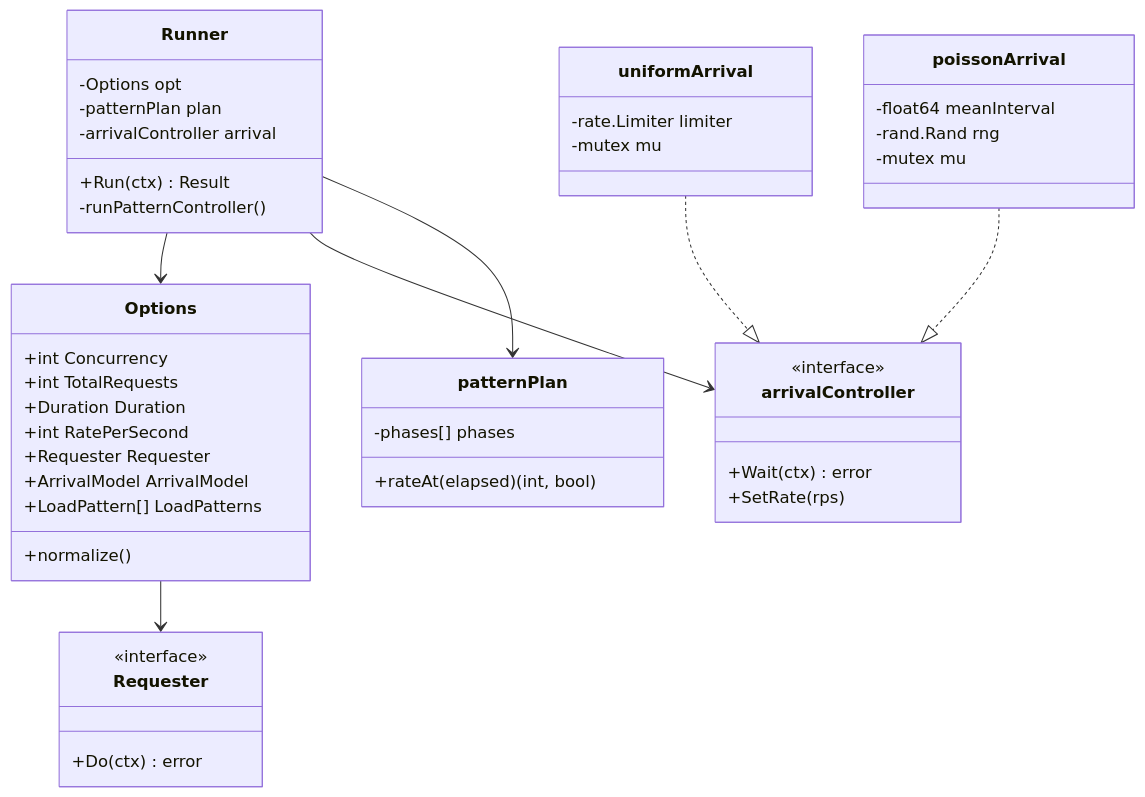
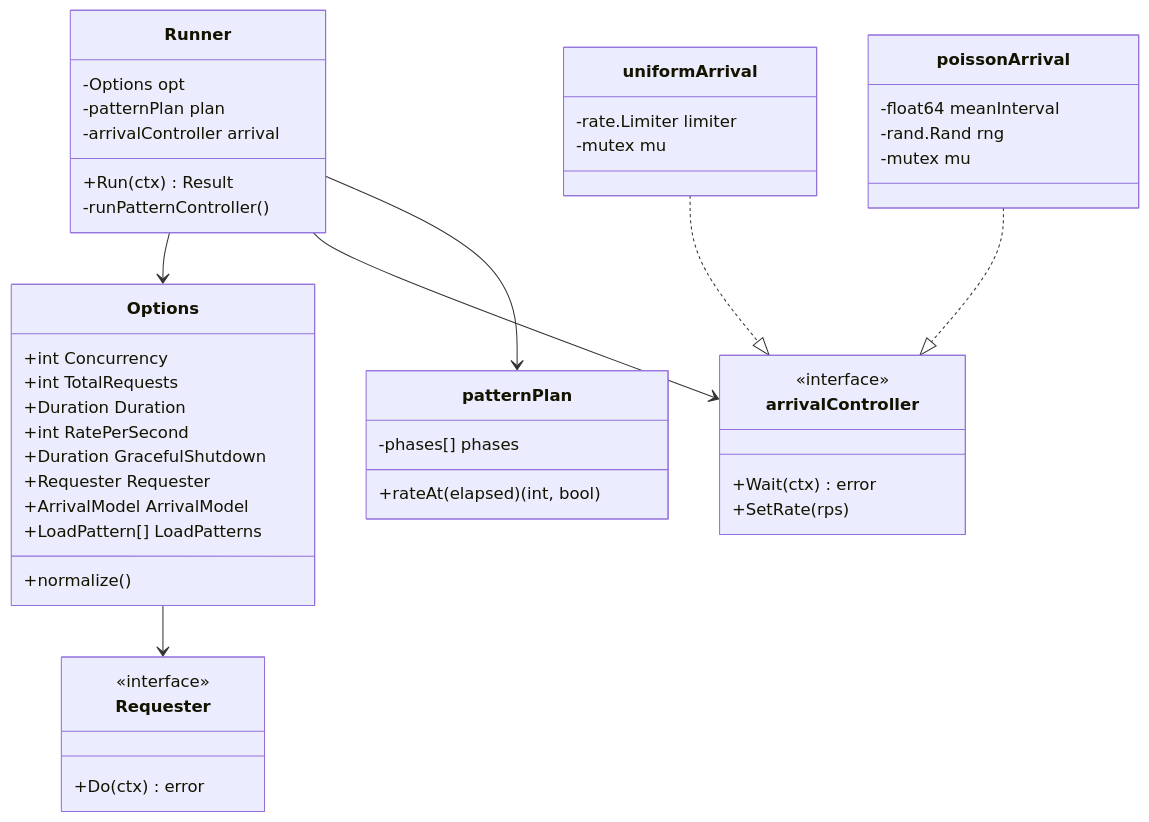
Before and after one commit to torosent/crankfire: the first of 2 diagrams in docs/architecture/deep-dive-runner-engine.md, drawn with Mermaid. The commit also changed other lines of this file and 9 other files, not shown here.

First line of the commit message:
Add graceful shutdown option for in-flight requests

````diff
--- a/docs/architecture/deep-dive-runner-engine.md
+++ b/docs/architecture/deep-dive-runner-engine.md
@@ -17,55 +17,56 @@
 ```mermaid
 classDiagram
     class Runner {
         -Options opt
         -patternPlan plan
         -arrivalController arrival
         +Run(ctx) Result
         -runPatternController()
     }
     
     class Options {
         +int Concurrency
         +int TotalRequests
         +Duration Duration
         +int RatePerSecond
+        +Duration GracefulShutdown
         +Requester Requester
         +ArrivalModel ArrivalModel
         +LoadPattern[] LoadPatterns
         +normalize()
     }
     
     class Requester {
         <<interface>>
         +Do(ctx) error
     }
     
     class arrivalController {
         <<interface>>
         +Wait(ctx) error
         +SetRate(rps)
     }
     
     class uniformArrival {
         -rate.Limiter limiter
         -mutex mu
     }
     
     class poissonArrival {
         -float64 meanInterval
         -rand.Rand rng
         -mutex mu
     }
     
     class patternPlan {
         -phases[] phases
         +rateAt(elapsed) (int, bool)
     }
     
     Runner --> Options
     Runner --> arrivalController
     Runner --> patternPlan
     Options --> Requester
     uniformArrival ..|> arrivalController
     poissonArrival ..|> arrivalController
 ```
````
